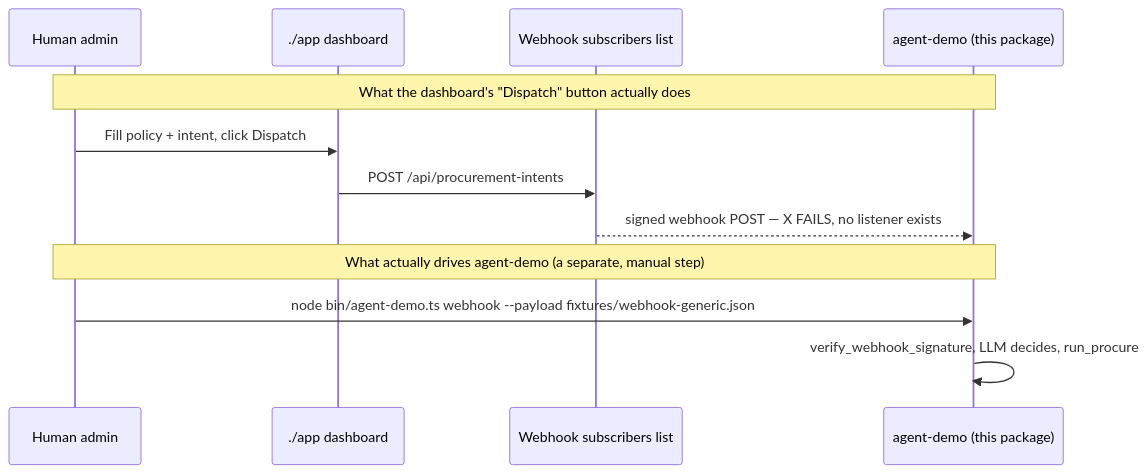
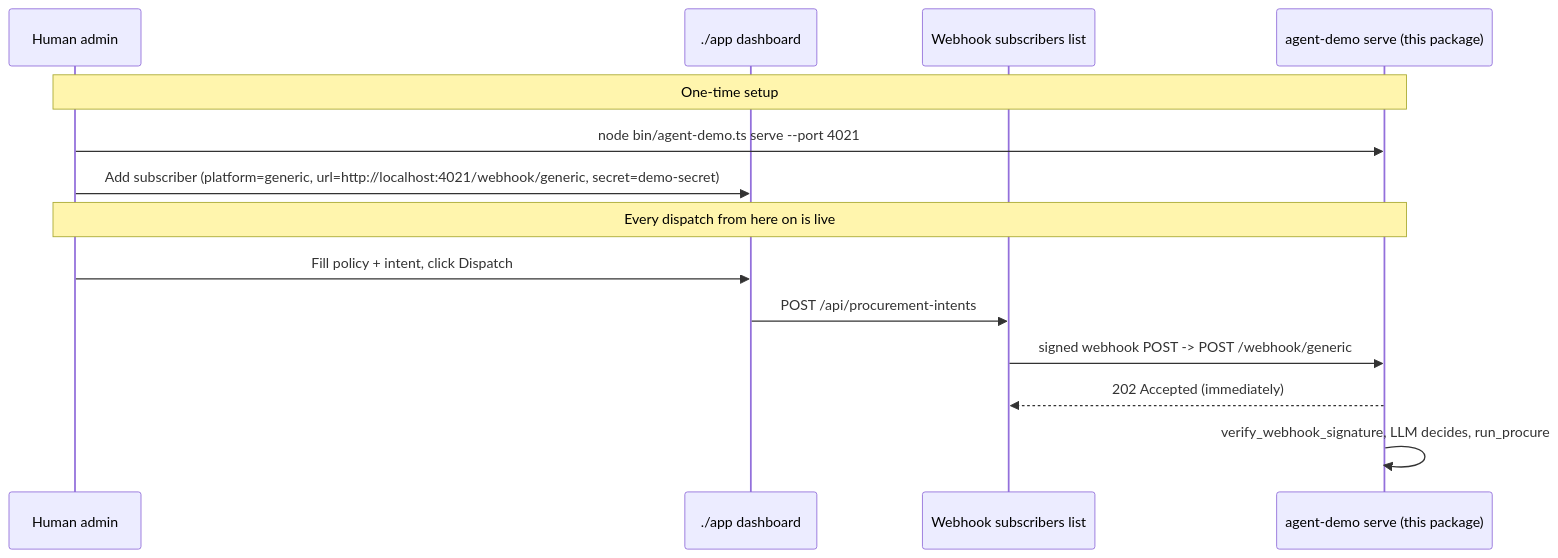
Before and after one commit to masaun/enterprise-procurement-agent-platform: the fourth of 7 diagrams in agent-demo/README.md, drawn with Mermaid. The commit also changed other lines of this file and 50 other files, not shown here.

````diff
--- a/agent-demo/README.md
+++ b/agent-demo/README.md
@@ -256,16 +277,18 @@
 ```mermaid
 sequenceDiagram
     participant Admin as Human admin
     participant UI as ./app dashboard
     participant Sub as Webhook subscribers list
-    participant Demo as agent-demo (this package)
+    participant Demo as agent-demo serve (this package)
 
-    Note over Admin,Demo: What the dashboard's "Dispatch" button actually does
+    Note over Admin,Demo: One-time setup
+    Admin->>Demo: node bin/agent-demo.ts serve --port 4021
+    Admin->>UI: Add subscriber (platform=generic, url=http://localhost:4021/webhook/generic, secret=demo-secret)
+
+    Note over Admin,Demo: Every dispatch from here on is live
     Admin->>UI: Fill policy + intent, click Dispatch
     UI->>Sub: POST /api/procurement-intents
-    Sub-->>Demo: signed webhook POST — X FAILS, no listener exists
-
-    Note over Admin,Demo: What actually drives agent-demo (a separate, manual step)
-    Admin->>Demo: node bin/agent-demo.ts webhook --payload fixtures/webhook-generic.json
+    Sub->>Demo: signed webhook POST -> POST /webhook/generic
+    Demo-->>Sub: 202 Accepted (immediately)
     Demo->>Demo: verify_webhook_signature, LLM decides, run_procure
 ```
````
